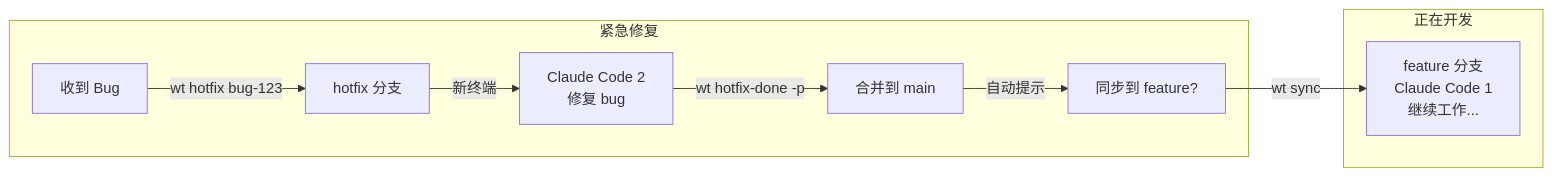
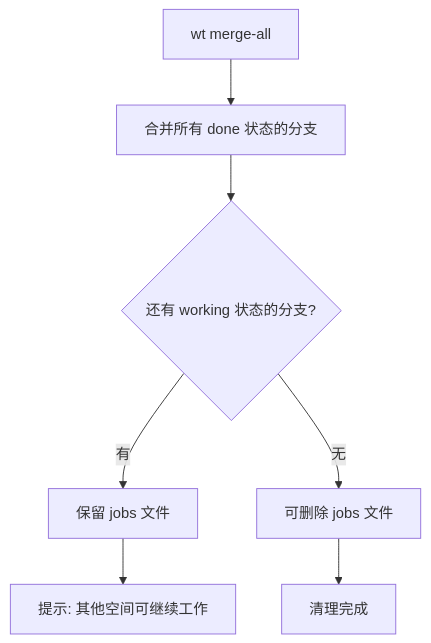
Before and after one commit to Maka234Maka123/tree: the sixth of 8 diagrams in tree/README.md, drawn with Mermaid. The commit also changed other lines of this file and 11 other files, not shown here.

````diff
--- a/tree/README.md
+++ b/tree/README.md
@@ -198,15 +230,9 @@
 ```mermaid
-flowchart LR
-    subgraph 正在开发
-        A[feature 分支<br/>Claude Code 1<br/>继续工作...]
-    end
-
-    subgraph 紧急修复
-        B[收到 Bug] -->|wt hotfix bug-123| C[hotfix 分支]
-        C -->|新终端| D[Claude Code 2<br/>修复 bug]
-        D -->|wt hotfix-done -p| E[合并到 main]
-        E -->|自动提示| F[同步到 feature?]
-    end
-
-    F -->|wt sync| A
+flowchart TB
+    A[wt merge-all] --> B[合并所有 done 状态的分支]
+    B --> C{还有 working 状态的分支?}
+    C -->|有| D[保留 jobs 文件]
+    C -->|无| E[可删除 jobs 文件]
+    D --> F[提示: 其他空间可继续工作]
+    E --> G[清理完成]
 ```
````
